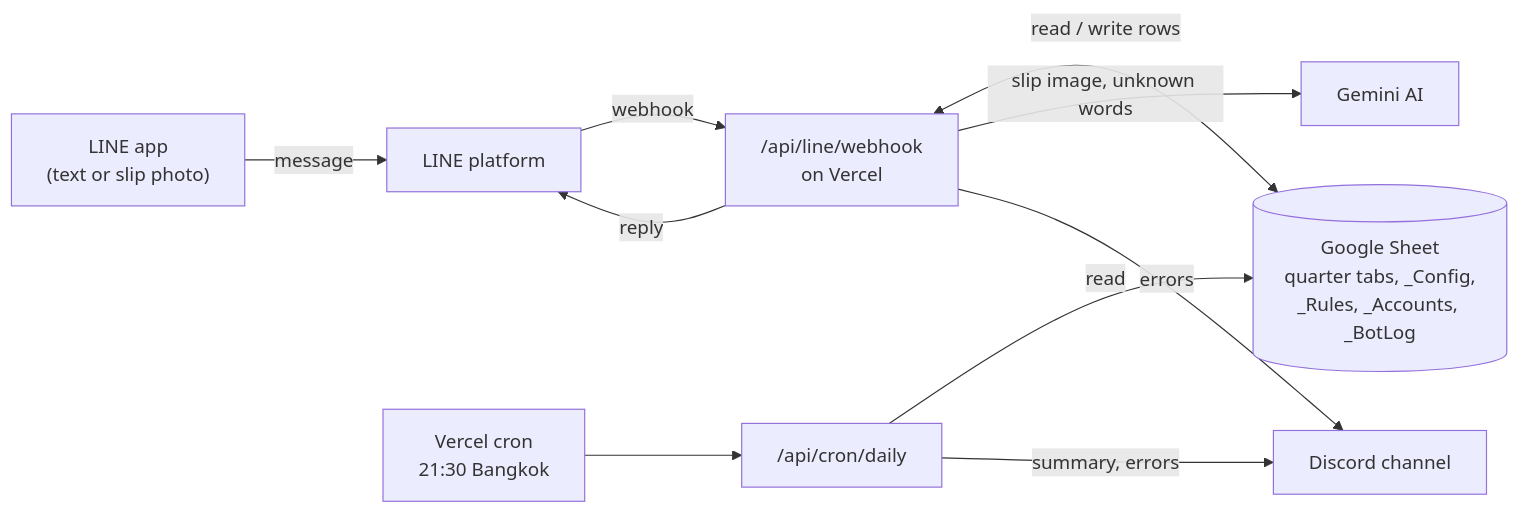
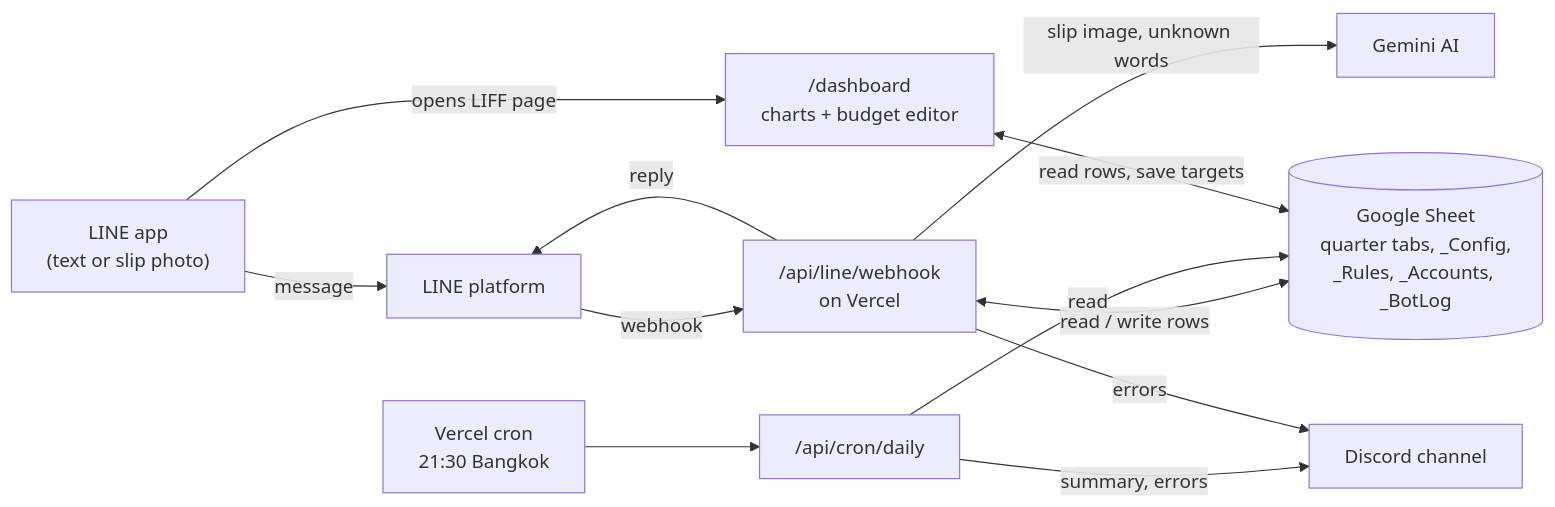
Before and after one commit to Zurusfig/money-tracker-bot: the second of 2 diagrams in README.md, drawn with Mermaid. The commit also changed other lines of this file and 24 other files, not shown here.

First line of the commit message:
Dashboard: LIFF-protected charts, budget editor, day to year views

````diff
--- a/README.md
+++ b/README.md
@@ -129,12 +134,14 @@
 ```mermaid
 flowchart LR
     Phone["LINE app<br/>(text or slip photo)"] -->|message| LINE["LINE platform"]
     LINE -->|webhook| Web["/api/line/webhook<br/>on Vercel"]
     Web -->|reply| LINE
     Web <-->|read / write rows| Sheet[("Google Sheet<br/>quarter tabs, _Config,<br/>_Rules, _Accounts, _BotLog")]
     Web -->|slip image, unknown words| Gemini["Gemini AI"]
     Cron["Vercel cron<br/>21:30 Bangkok"] --> Digest["/api/cron/daily"]
     Digest -->|read| Sheet
     Digest -->|summary, errors| Discord["Discord channel"]
     Web -->|errors| Discord
+    Phone -->|opens LIFF page| Dash["/dashboard<br/>charts + budget editor"]
+    Dash <-->|read rows, save targets| Sheet
 ```
````
